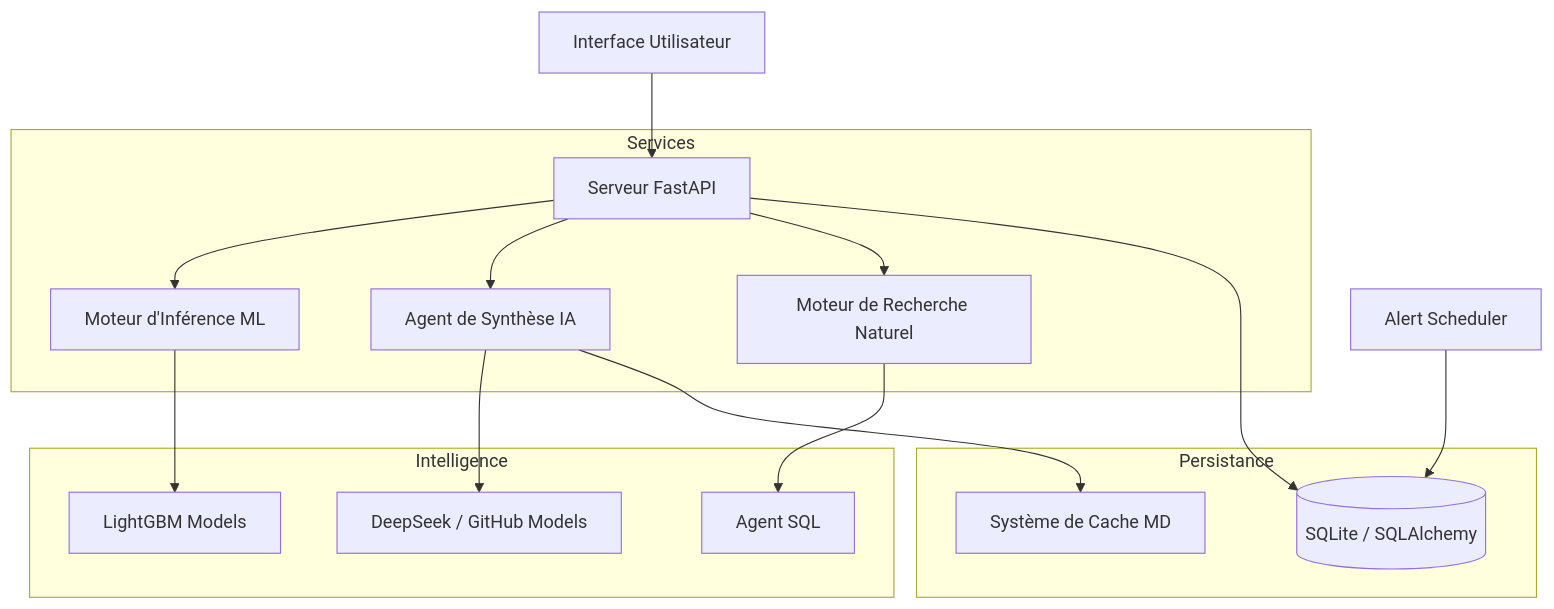
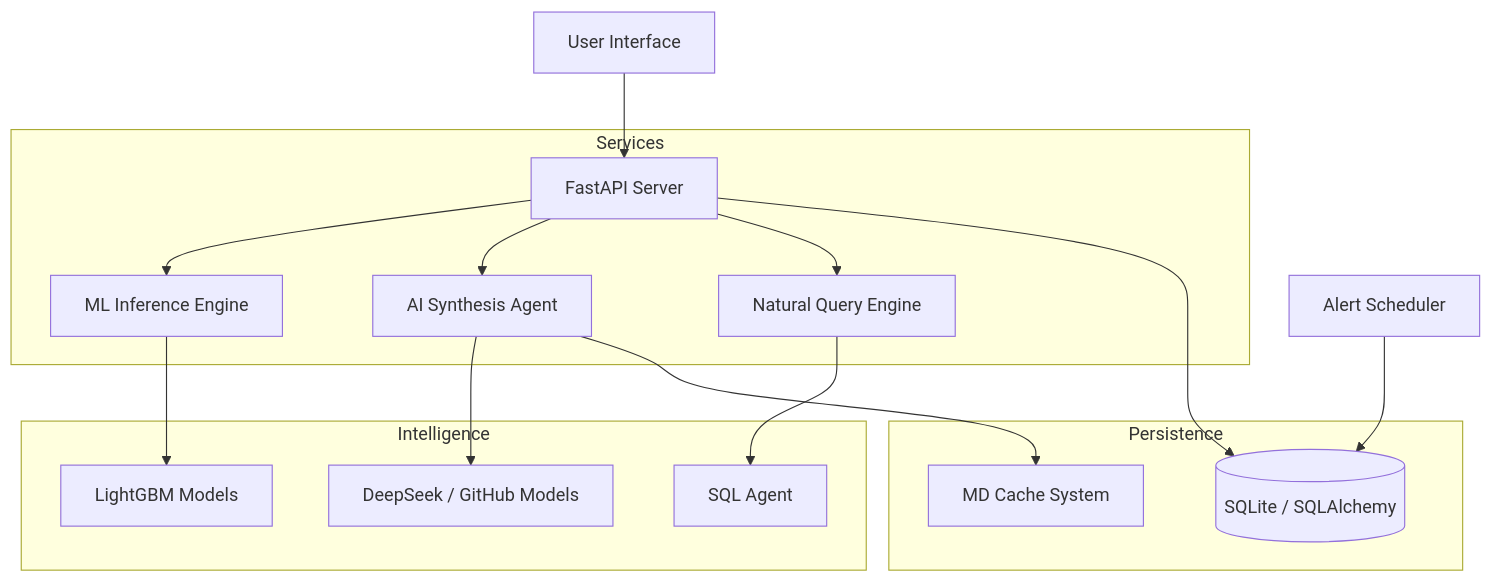
One commit to LailaMAA/Analytix changed the diagram in App_AnalytixCare/README.md. Above: the diagram before and after it, drawn with Mermaid. The commit also changed other lines of this file and 2 other files, not shown here.

````diff
--- a/App_AnalytixCare/README.md
+++ b/App_AnalytixCare/README.md
@@ -11,24 +11,24 @@
 ```mermaid
 graph TD
-    Client[Interface Utilisateur] --> API[Serveur FastAPI]
+    Client[User Interface] --> API[FastAPI Server]
   
     subgraph Services
-        API --> Inference[Moteur d'Inférence ML]
-        API --> AgentBriefing[Agent de Synthèse IA]
-        API --> QueryEngine[Moteur de Recherche Naturel]
+        API --> Inference[ML Inference Engine]
+        API --> AgentBriefing[AI Synthesis Agent]
+        API --> QueryEngine[Natural Query Engine]
     end
 
     subgraph Intelligence
         Inference --> LGBM[LightGBM Models]
         AgentBriefing --> LLM[DeepSeek / GitHub Models]
-        QueryEngine --> SQLGen[Agent SQL]
+        QueryEngine --> SQLGen[SQL Agent]
     end
 
-    subgraph Persistance
+    subgraph Persistence
         API --> DB[(SQLite / SQLAlchemy)]
-        AgentBriefing --> Cache[Système de Cache MD]
+        AgentBriefing --> Cache[MD Cache System]
     end
   
     Scheduler[Alert Scheduler] --> DB
 
 ```
````
